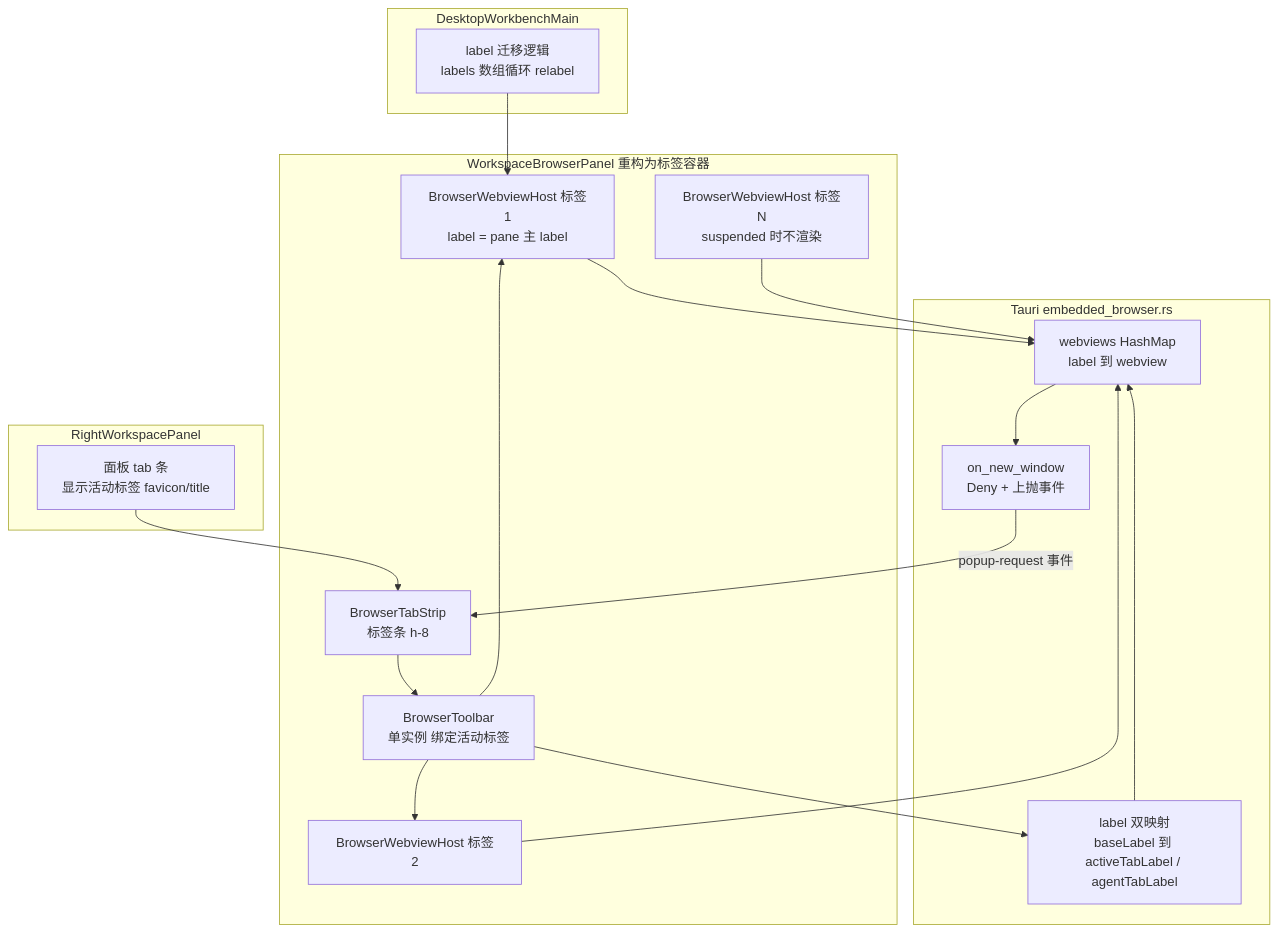
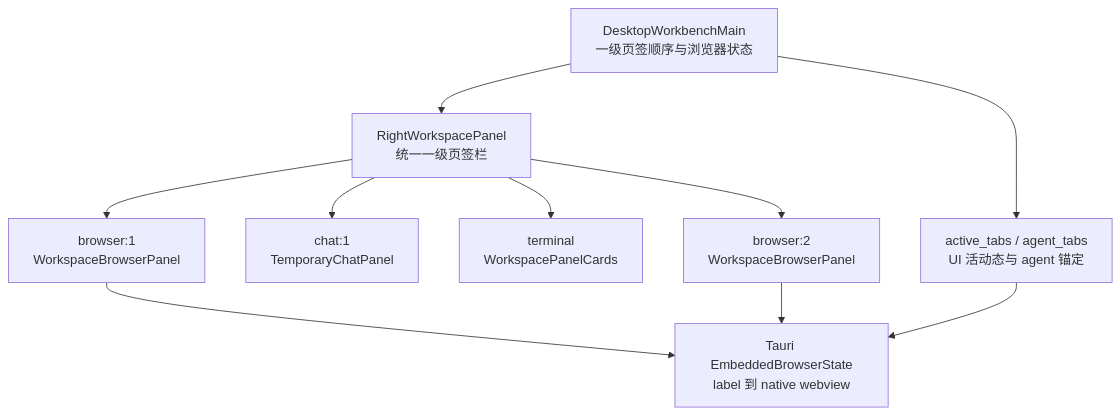
One commit to wecode-ai/Wegent changed the diagram in plans/wework-browser-multi-tabs.md. Above: the diagram before and after it, drawn with Mermaid. The commit also changed other lines of this file, not shown here.

Commit message:
feat(wework): embedded browser multi-tab

````diff
--- a/plans/wework-browser-multi-tabs.md
+++ b/plans/wework-browser-multi-tabs.md
@@ -30,33 +30,21 @@
 ```mermaid
 graph TD
-    subgraph DesktopWorkbenchMain
-        M[label 迁移逻辑<br/>labels 数组循环 relabel]
-    end
-    subgraph RightWorkspacePanel
-        RT[面板 tab 条<br/>显示活动标签 favicon/title]
-    end
-    subgraph WorkspaceBrowserPanel 重构为标签容器
-        TS[BrowserTabStrip<br/>标签条 h-8]
-        TB[BrowserToolbar<br/>单实例 绑定活动标签]
-        H1[BrowserWebviewHost 标签1<br/>label = pane 主 label]
-        H2[BrowserWebviewHost 标签2]
-        H3[BrowserWebviewHost 标签N<br/>suspended 时不渲染]
-    end
-    subgraph Tauri embedded_browser.rs
-        WV[webviews HashMap<br/>label 到 webview]
-        ALIAS[label 双映射<br/>baseLabel 到 activeTabLabel / agentTabLabel]
-        POP[on_new_window<br/>Deny + 上抛事件]
-    end
-    M --> H1
-    RT --> TS
-    TS --> TB
-    TB --> H1
-    TB --> H2
-    H1 --> WV
-    H2 --> WV
-    H3 --> WV
-    TB --> ALIAS
-    ALIAS --> WV
-    WV --> POP
-    POP -->|popup-request 事件| TS
+    M[DesktopWorkbenchMain<br/>一级页签顺序与浏览器状态]
+    R[RightWorkspacePanel<br/>统一一级页签栏]
+    B1[browser:1<br/>WorkspaceBrowserPanel]
+    C1[chat:1<br/>TemporaryChatPanel]
+    T1[terminal<br/>WorkspacePanelCards]
+    B2[browser:2<br/>WorkspaceBrowserPanel]
+    N[Tauri EmbeddedBrowserState<br/>label 到 native webview]
+    A[active_tabs / agent_tabs<br/>UI 活动态与 agent 锚定]
+
+    M --> R
+    R --> B1
+    R --> C1
+    R --> T1
+    R --> B2
+    B1 --> N
+    B2 --> N
+    M --> A
+    A --> N
 ```
````
